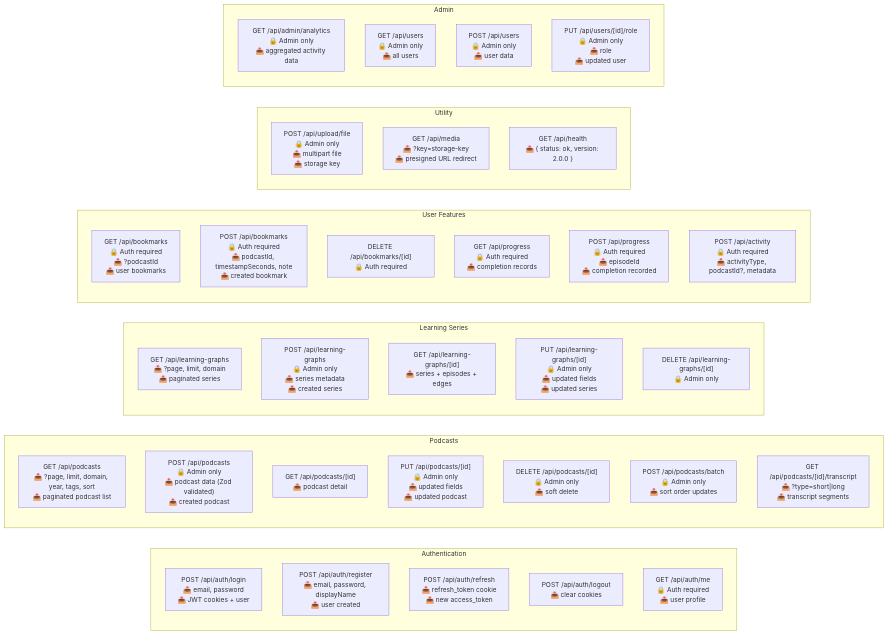
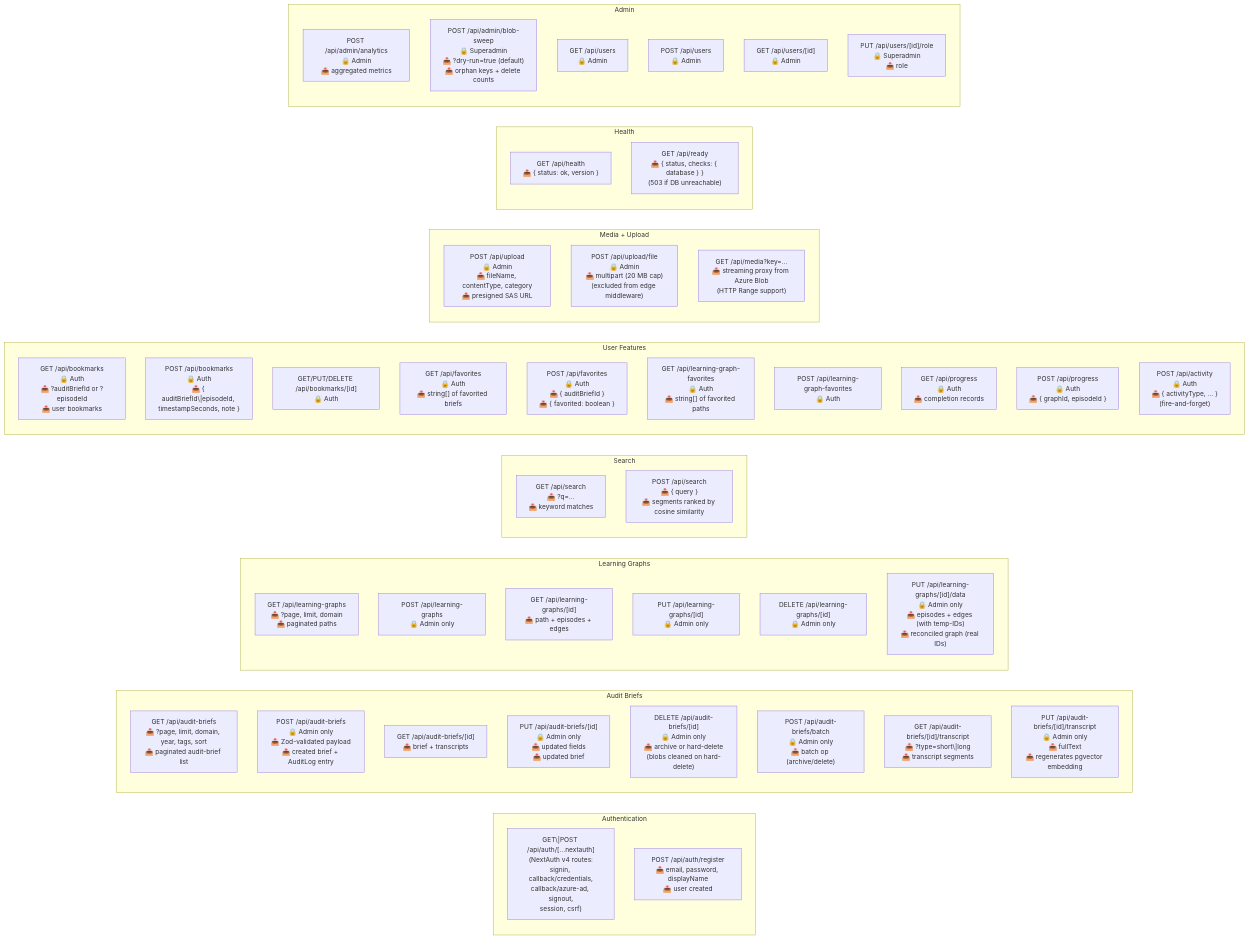
One commit to RoshanJ20/podcasthub changed the sixth of 7 diagrams in docs/architecture-diagrams.md. Above: the diagram before and after it, drawn with Mermaid. The commit also changed other lines of this file and 51 other files, not shown here.

First line of the commit message:
docs: refresh top-level docs, CLAUDE/AGENTS rules, architecture diagrams, and changelog

````diff
--- a/docs/architecture-diagrams.md
+++ b/docs/architecture-diagrams.md
@@ -398,56 +513,73 @@
 ```mermaid
 graph LR
     subgraph "Authentication"
         direction TB
-        POST_login["POST /api/auth/login<br/>📥 email, password<br/>📤 JWT cookies + user"]
+        NextAuth["GET\|POST /api/auth/[...nextauth]<br/>(NextAuth v4 routes:<br/>signin, callback/credentials,<br/>callback/azure-ad, signout,<br/>session, csrf)"]
         POST_register["POST /api/auth/register<br/>📥 email, password, displayName<br/>📤 user created"]
-        POST_refresh["POST /api/auth/refresh<br/>📥 refresh_token cookie<br/>📤 new access_token"]
-        POST_logout["POST /api/auth/logout<br/>📤 clear cookies"]
-        GET_me["GET /api/auth/me<br/>🔒 Auth required<br/>📤 user profile"]
     end
 
-    subgraph "Podcasts"
+    subgraph "Audit Briefs"
         direction TB
-        GET_podcasts["GET /api/podcasts<br/>📥 ?page, limit, domain, year, tags, sort<br/>📤 paginated podcast list"]
-        POST_podcasts["POST /api/podcasts<br/>🔒 Admin only<br/>📥 podcast data (Zod validated)<br/>📤 created podcast"]
-        GET_podcast["GET /api/podcasts/[id]<br/>📤 podcast detail"]
-        PUT_podcast["PUT /api/podcasts/[id]<br/>🔒 Admin only<br/>📥 updated fields<br/>📤 updated podcast"]
-        DELETE_podcast["DELETE /api/podcasts/[id]<br/>🔒 Admin only<br/>📤 soft delete"]
-        POST_batch["POST /api/podcasts/batch<br/>🔒 Admin only<br/>📥 sort order updates"]
-        GET_transcript["GET /api/podcasts/[id]/transcript<br/>📥 ?type=short|long<br/>📤 transcript segments"]
+        GET_briefs["GET /api/audit-briefs<br/>📥 ?page, limit, domain, year, tags, sort<br/>📤 paginated audit-brief list"]
+        POST_brief["POST /api/audit-briefs<br/>🔒 Admin only<br/>📥 Zod-validated payload<br/>📤 created brief + AuditLog entry"]
+        GET_brief["GET /api/audit-briefs/[id]<br/>📤 brief + transcripts"]
+        PUT_brief["PUT /api/audit-briefs/[id]<br/>🔒 Admin only<br/>📥 updated fields<br/>📤 updated brief"]
+        DELETE_brief["DELETE /api/audit-briefs/[id]<br/>🔒 Admin only<br/>📤 archive or hard-delete<br/>(blobs cleaned on hard-delete)"]
+        POST_batch["POST /api/audit-briefs/batch<br/>🔒 Admin only<br/>📥 batch op (archive/delete)"]
+        GET_transcript["GET /api/audit-briefs/[id]/transcript<br/>📥 ?type=short\|long<br/>📤 transcript segments"]
+        PUT_transcript["PUT /api/audit-briefs/[id]/transcript<br/>🔒 Admin only<br/>📥 fullText<br/>📤 regenerates pgvector embedding"]
     end
 
-    subgraph "Learning Series"
+    subgraph "Learning Graphs"
         direction TB
-        GET_graphs["GET /api/learning-graphs<br/>📥 ?page, limit, domain<br/>📤 paginated series"]
-        POST_graphs["POST /api/learning-graphs<br/>🔒 Admin only<br/>📥 series metadata<br/>📤 created series"]
-        GET_graph["GET /api/learning-graphs/[id]<br/>📤 series + episodes + edges"]
-        PUT_graph["PUT /api/learning-graphs/[id]<br/>🔒 Admin only<br/>📥 updated fields<br/>📤 updated series"]
+        GET_graphs["GET /api/learning-graphs<br/>📥 ?page, limit, domain<br/>📤 paginated paths"]
+        POST_graph["POST /api/learning-graphs<br/>🔒 Admin only"]
+        GET_graph["GET /api/learning-graphs/[id]<br/>📤 path + episodes + edges"]
+        PUT_graph["PUT /api/learning-graphs/[id]<br/>🔒 Admin only"]
         DELETE_graph["DELETE /api/learning-graphs/[id]<br/>🔒 Admin only"]
+        PUT_data["PUT /api/learning-graphs/[id]/data<br/>🔒 Admin only<br/>📥 episodes + edges (with temp-IDs)<br/>📤 reconciled graph (real IDs)"]
+    end
+
+    subgraph "Search"
+        direction TB
+        GET_search["GET /api/search<br/>📥 ?q=…<br/>📤 keyword matches"]
+        POST_search["POST /api/search<br/>📥 { query }<br/>📤 segments ranked by cosine similarity"]
     end
 
     subgraph "User Features"
         direction TB
-        GET_bookmarks["GET /api/bookmarks<br/>🔒 Auth required<br/>📥 ?podcastId<br/>📤 user bookmarks"]
-        POST_bookmarks["POST /api/bookmarks<br/>🔒 Auth required<br/>📥 podcastId, timestampSeconds, note<br/>📤 created bookmark"]
-        DELETE_bookmark["DELETE /api/bookmarks/[id]<br/>🔒 Auth required"]
-        GET_progress["GET /api/progress<br/>🔒 Auth required<br/>📤 completion records"]
-        POST_progress["POST /api/progress<br/>🔒 Auth required<br/>📥 episodeId<br/>📤 completion recorded"]
-        POST_activity["POST /api/activity<br/>🔒 Auth required<br/>📥 activityType, podcastId?, metadata"]
+        GET_bookmarks["GET /api/bookmarks<br/>🔒 Auth<br/>📥 ?auditBriefId or ?episodeId<br/>📤 user bookmarks"]
+        POST_bookmark["POST /api/bookmarks<br/>🔒 Auth<br/>📥 { auditBriefId\|episodeId, timestampSeconds, note }"]
+        CRUD_bookmark["GET/PUT/DELETE /api/bookmarks/[id]<br/>🔒 Auth"]
+        GET_favs["GET /api/favorites<br/>🔒 Auth<br/>📤 string[] of favorited briefs"]
+        POST_fav["POST /api/favorites<br/>🔒 Auth<br/>📥 { auditBriefId }<br/>📤 { favorited: boolean }"]
+        GET_gfavs["GET /api/learning-graph-favorites<br/>🔒 Auth<br/>📤 string[] of favorited paths"]
+        POST_gfav["POST /api/learning-graph-favorites<br/>🔒 Auth"]
+        GET_progress["GET /api/progress<br/>🔒 Auth<br/>📤 completion records"]
+        POST_progress["POST /api/progress<br/>🔒 Auth<br/>📥 { graphId, episodeId }"]
+        POST_activity["POST /api/activity<br/>🔒 Auth<br/>📥 { activityType, … }<br/>(fire-and-forget)"]
     end
 
-    subgraph "Utility"
+    subgraph "Media + Upload"
         direction TB
-        POST_upload["POST /api/upload/file<br/>🔒 Admin only<br/>📥 multipart file<br/>📤 storage key"]
-        GET_media["GET /api/media<br/>📥 ?key=storage-key<br/>📤 presigned URL redirect"]
-        GET_health["GET /api/health<br/>📤 { status: ok, version: 2.0.0 }"]
+        POST_upload["POST /api/upload<br/>🔒 Admin<br/>📥 fileName, contentType, category<br/>📤 presigned SAS URL"]
+        POST_upload_file["POST /api/upload/file<br/>🔒 Admin<br/>📥 multipart (20 MB cap)<br/>(excluded from edge middleware)"]
+        GET_media["GET /api/media?key=…<br/>📤 streaming proxy from Azure Blob<br/>(HTTP Range support)"]
+    end
+
+    subgraph "Health"
+        direction TB
+        GET_health["GET /api/health<br/>📤 { status: ok, version }"]
+        GET_ready["GET /api/ready<br/>📤 { status, checks: { database } }<br/>(503 if DB unreachable)"]
     end
 
     subgraph "Admin"
         direction TB
-        GET_analytics["GET /api/admin/analytics<br/>🔒 Admin only<br/>📤 aggregated activity data"]
-        GET_users["GET /api/users<br/>🔒 Admin only<br/>📤 all users"]
-        POST_users["POST /api/users<br/>🔒 Admin only<br/>📥 user data"]
-        PUT_user_role["PUT /api/users/[id]/role<br/>🔒 Admin only<br/>📥 role<br/>📤 updated user"]
+        POST_analytics["POST /api/admin/analytics<br/>🔒 Admin<br/>📤 aggregated metrics"]
+        POST_sweep["POST /api/admin/blob-sweep<br/>🔒 Superadmin<br/>📥 ?dry-run=true (default)<br/>📤 orphan keys + delete counts"]
+        GET_users["GET /api/users<br/>🔒 Admin"]
+        POST_user["POST /api/users<br/>🔒 Admin"]
+        GET_user["GET /api/users/[id]<br/>🔒 Admin"]
+        PUT_role["PUT /api/users/[id]/role<br/>🔒 Superadmin<br/>📥 role"]
     end
 ```
````
